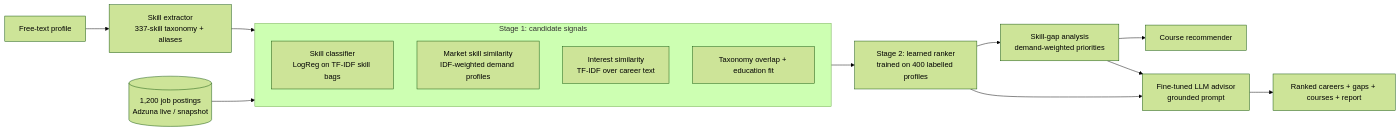
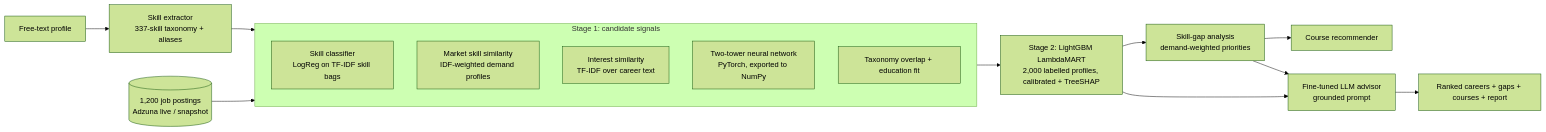
One commit to meetkothari-08/CareerRecommendation changed the diagram in README.md. Above: the diagram before and after it, drawn with Mermaid (forest theme). The commit also changed other lines of this file and 32 other files, not shown here.

First line of the commit message:
Add two-tower neural model, LambdaMART ranking and MLflow/Optuna pipeline

````diff
--- a/README.md
+++ b/README.md
@@ -36,18 +41,19 @@
 ```mermaid
 flowchart LR
     U[Free-text profile] --> SE[Skill extractor<br/>337-skill taxonomy + aliases]
     J[(1,200 job postings<br/>Adzuna live / snapshot)] --> S1
     SE --> S1
     subgraph S1[Stage 1: candidate signals]
         C[Skill classifier<br/>LogReg on TF-IDF skill bags]
         M[Market skill similarity<br/>IDF-weighted demand profiles]
         I[Interest similarity<br/>TF-IDF over career text]
+        N[Two-tower neural network<br/>PyTorch, exported to NumPy]
         K[Taxonomy overlap + education fit]
     end
-    S1 --> R[Stage 2: learned ranker<br/>trained on 400 labelled profiles]
+    S1 --> R[Stage 2: LightGBM LambdaMART<br/>2,000 labelled profiles, calibrated + TreeSHAP]
     R --> G[Skill-gap analysis<br/>demand-weighted priorities]
     G --> CR[Course recommender]
     R --> L[Fine-tuned LLM advisor<br/>grounded prompt]
     G --> L
     L --> O[Ranked careers + gaps + courses + report]
 ```
````
